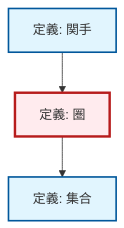
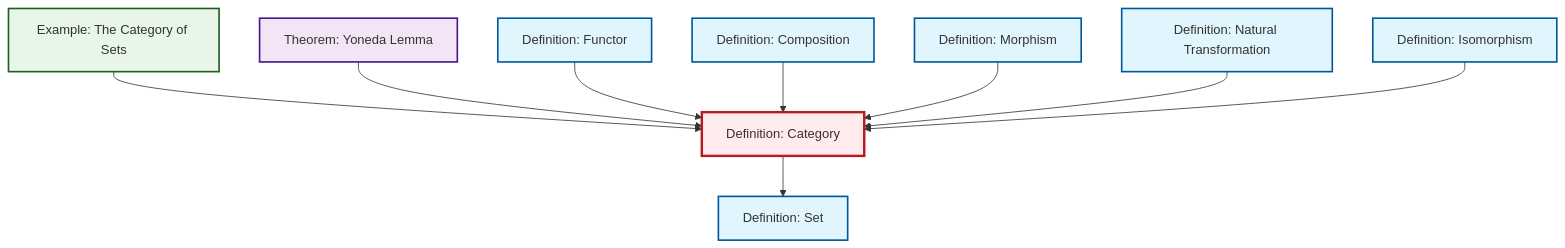
Before and after one commit to RK0429/ModernMath: the diagram in content/ja/category-theory/def-category.qmd, drawn with Mermaid. The commit also changed 203 other files, not shown here.

````diff
--- a/content/ja/category-theory/def-category.qmd
+++ b/content/ja/category-theory/def-category.qmd
@@ -47,18 +47,27 @@
 ```{mermaid}
-%%| fig-cap: "局所依存関係グラフ"
+%%| fig-cap: "Local dependency graph"
 graph TD
     classDef definition fill:#e1f5fe,stroke:#01579b,stroke-width:2px
     classDef theorem fill:#f3e5f5,stroke:#4a148c,stroke-width:2px
     classDef axiom fill:#fff3e0,stroke:#e65100,stroke-width:2px
     classDef example fill:#e8f5e9,stroke:#1b5e20,stroke-width:2px
     classDef current fill:#ffebee,stroke:#b71c1c,stroke-width:3px
-    def-set["定義: 集合"]:::definition
-    def-functor["定義: 関手"]:::definition
-    def-category["定義: 圏"]:::definition
+    def-isomorphism["Definition: Isomorphism"]:::definition
+    def-composition["Definition: Composition"]:::definition
+    ex-set-category["Example: The Category of Sets"]:::example
+    def-functor["Definition: Functor"]:::definition
+    def-morphism["Definition: Morphism"]:::definition
+    def-set["Definition: Set"]:::definition
+    def-category["Definition: Category"]:::definition
+    thm-yoneda["Theorem: Yoneda Lemma"]:::theorem
+    def-natural-transformation["Definition: Natural Transformation"]:::definition
+    ex-set-category --> def-category
+    thm-yoneda --> def-category
+    def-functor --> def-category
     def-category --> def-set
-    def-functor --> def-category
+    def-composition --> def-category
+    def-morphism --> def-category
+    def-natural-transformation --> def-category
+    def-isomorphism --> def-category
     class def-category current
-
-    click def-set "def-set.html" "Go to 定義: 集合"
-    click def-functor "def-functor.html" "Go to 定義: 関手"
 ```
````
